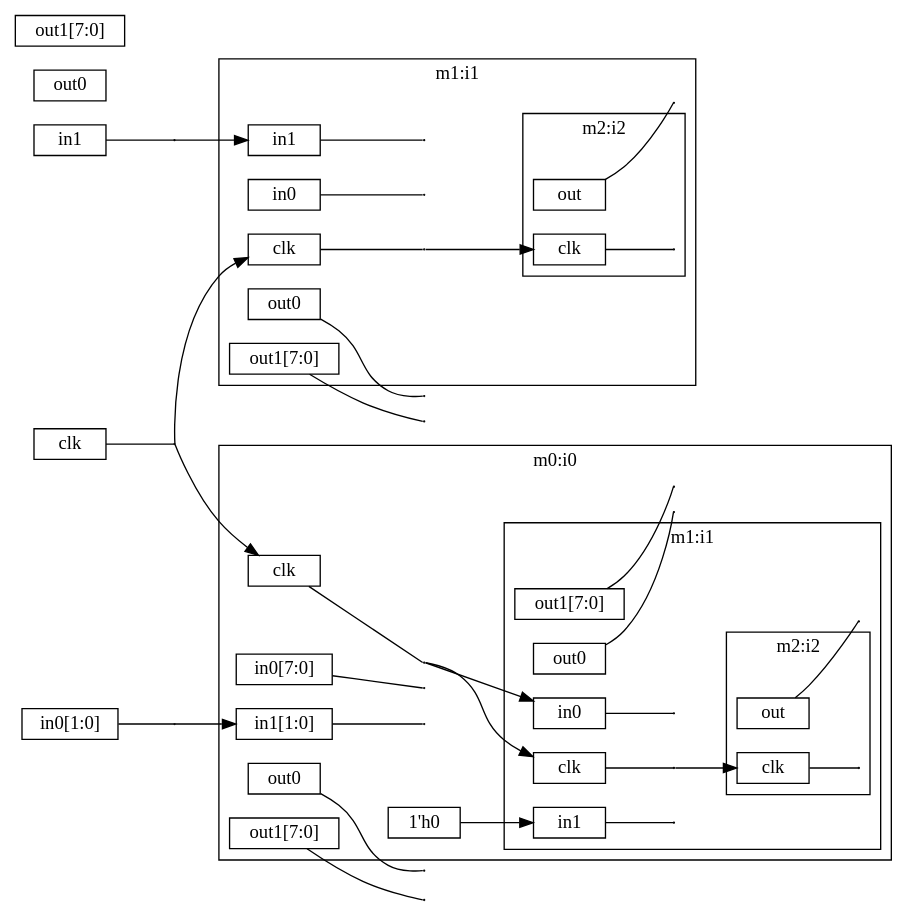
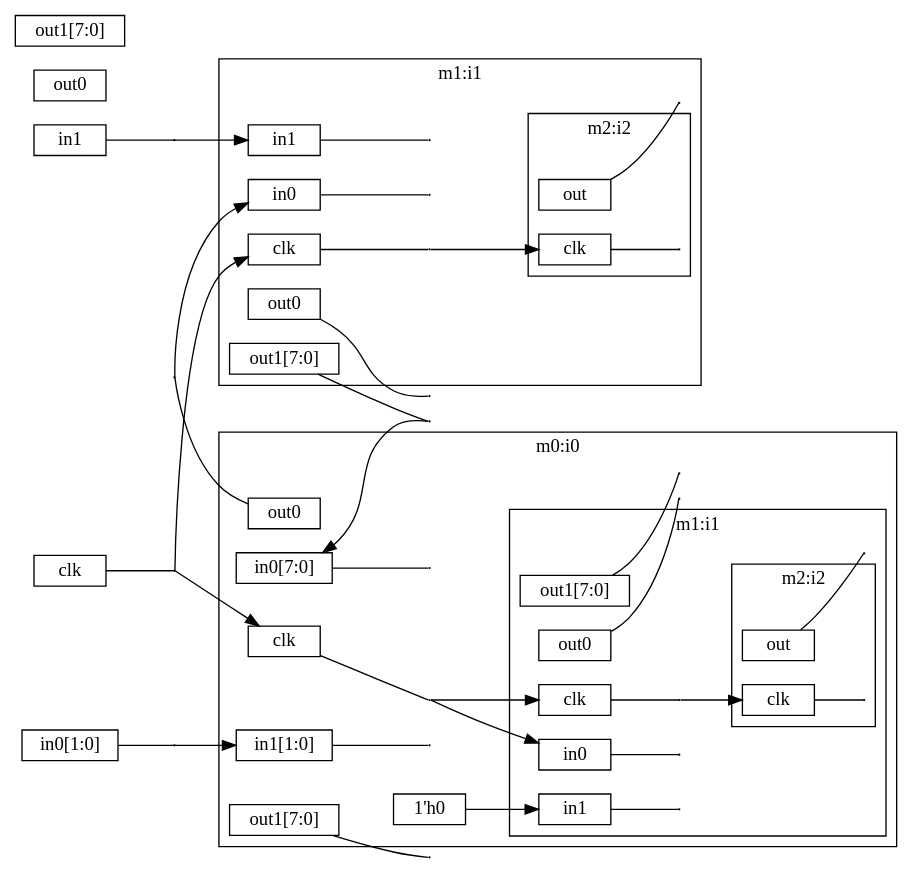
The diagram in out.dot (takata150802/netlistracer), drawn with Graphviz before and after one commit. The commit also changed 1 other file, not shown here.

Commit message:
[add] trace connection, submodule.output -> submodule.input

```diff
--- a/out.dot
+++ b/out.dot
@@ -1,107 +1,109 @@
 
 digraph {
     rankdir="LR";
     overlap = false;
     splines = true;
     node [shape = box, height=0.1];
     edge [labelfloat=false];
 
 subgraph cluster0 {
   graph [label = "m0:i0"];
 tmp0[width=0.0, height=0.0, shape=point];
 subgraph cluster1 {
   graph [label = "m1:i1"];
 tmp1[width=0.0, height=0.0, shape=point];
 subgraph cluster2 {
   graph [label = "m2:i2"];
 tmp2[width=0.0, height=0.0, shape=point];
 _i0_i1_i2_clk[label = "clk"];
 _i0_i1_i2_out[label = "out"];
 _i0_i1_i2_clk_input_br[width=0.01, height=0.01, shape=point];
 _i0_i1_i2_clk -> _i0_i1_i2_clk_input_br[dir = none];
 }
 _i0_i1_clk[label = "clk"];
 _i0_i1_in0[label = "in0"];
 _i0_i1_in1[label = "in1"];
 _i0_i1_out0[label = "out0"];
 _i0_i1_out1[label = "out1[7:0]"];
 _i0_i1_clk_input_br[width=0.01, height=0.01, shape=point];
 _i0_i1_clk -> _i0_i1_clk_input_br[dir = none];
 _i0_i1_in0_input_br[width=0.01, height=0.01, shape=point];
 _i0_i1_in0 -> _i0_i1_in0_input_br[dir = none];
 _i0_i1_in1_input_br[width=0.01, height=0.01, shape=point];
 _i0_i1_in1 -> _i0_i1_in1_input_br[dir = none];
-_i0_i1_i2_out_output_input_br[width=0.01, height=0.01, shape=point];
-_i0_i1_i2_out -> _i0_i1_i2_out_output_input_br[dir = none];
+_i0_i1_i2_out_output_br[width=0.01, height=0.01, shape=point];
+_i0_i1_i2_out -> _i0_i1_i2_out_output_br[dir = none];
 _i0_i1_clk_input_br -> _i0_i1_i2_clk[label = " "];
 }
 _i0_clk[label = "clk"];
 _i0_in0[label = "in0[7:0]"];
 _i0_in1[label = "in1[1:0]"];
 _i0_out0[label = "out0"];
 _i0_out1[label = "out1[7:0]"];
 _i0_clk_input_br[width=0.01, height=0.01, shape=point];
 _i0_clk -> _i0_clk_input_br[dir = none];
 _i0_in0_input_br[width=0.01, height=0.01, shape=point];
 _i0_in0 -> _i0_in0_input_br[dir = none];
 _i0_in1_input_br[width=0.01, height=0.01, shape=point];
 _i0_in1 -> _i0_in1_input_br[dir = none];
-_i0_i1_out0_output_input_br[width=0.01, height=0.01, shape=point];
-_i0_i1_out0 -> _i0_i1_out0_output_input_br[dir = none];
-_i0_i1_out1_output_input_br[width=0.01, height=0.01, shape=point];
-_i0_i1_out1 -> _i0_i1_out1_output_input_br[dir = none];
+_i0_i1_out0_output_br[width=0.01, height=0.01, shape=point];
+_i0_i1_out0 -> _i0_i1_out0_output_br[dir = none];
+_i0_i1_out1_output_br[width=0.01, height=0.01, shape=point];
+_i0_i1_out1 -> _i0_i1_out1_output_br[dir = none];
 _i0_clk_input_br -> _i0_i1_clk[label = " "];
 _i0_clk_input_br -> _i0_i1_in0[label = " "];
 _i0_const_i1in1[label = "1'h0"];
 _i0_const_i1in1 -> _i0_i1_in1[label = " "];
 }
 subgraph cluster3 {
   graph [label = "m1:i1"];
 tmp3[width=0.0, height=0.0, shape=point];
 subgraph cluster4 {
   graph [label = "m2:i2"];
 tmp4[width=0.0, height=0.0, shape=point];
 _i1_i2_clk[label = "clk"];
 _i1_i2_out[label = "out"];
 _i1_i2_clk_input_br[width=0.01, height=0.01, shape=point];
 _i1_i2_clk -> _i1_i2_clk_input_br[dir = none];
 }
 _i1_clk[label = "clk"];
 _i1_in0[label = "in0"];
 _i1_in1[label = "in1"];
 _i1_out0[label = "out0"];
 _i1_out1[label = "out1[7:0]"];
 _i1_clk_input_br[width=0.01, height=0.01, shape=point];
 _i1_clk -> _i1_clk_input_br[dir = none];
 _i1_in0_input_br[width=0.01, height=0.01, shape=point];
 _i1_in0 -> _i1_in0_input_br[dir = none];
 _i1_in1_input_br[width=0.01, height=0.01, shape=point];
 _i1_in1 -> _i1_in1_input_br[dir = none];
-_i1_i2_out_output_input_br[width=0.01, height=0.01, shape=point];
-_i1_i2_out -> _i1_i2_out_output_input_br[dir = none];
+_i1_i2_out_output_br[width=0.01, height=0.01, shape=point];
+_i1_i2_out -> _i1_i2_out_output_br[dir = none];
 _i1_clk_input_br -> _i1_i2_clk[label = " "];
 }
 _clk[label = "clk"];
 _in0[label = "in0[1:0]"];
 _in1[label = "in1"];
 _out0[label = "out0"];
 _out1[label = "out1[7:0]"];
 _clk_input_br[width=0.01, height=0.01, shape=point];
 _clk -> _clk_input_br[dir = none];
 _in0_input_br[width=0.01, height=0.01, shape=point];
 _in0 -> _in0_input_br[dir = none];
 _in1_input_br[width=0.01, height=0.01, shape=point];
 _in1 -> _in1_input_br[dir = none];
-_i0_out0_output_input_br[width=0.01, height=0.01, shape=point];
-_i0_out0 -> _i0_out0_output_input_br[dir = none];
-_i0_out1_output_input_br[width=0.01, height=0.01, shape=point];
-_i0_out1 -> _i0_out1_output_input_br[dir = none];
-_i1_out0_output_input_br[width=0.01, height=0.01, shape=point];
-_i1_out0 -> _i1_out0_output_input_br[dir = none];
-_i1_out1_output_input_br[width=0.01, height=0.01, shape=point];
-_i1_out1 -> _i1_out1_output_input_br[dir = none];
+_i0_out0_output_br[width=0.01, height=0.01, shape=point];
+_i0_out0 -> _i0_out0_output_br[dir = none];
+_i0_out1_output_br[width=0.01, height=0.01, shape=point];
+_i0_out1 -> _i0_out1_output_br[dir = none];
+_i1_out0_output_br[width=0.01, height=0.01, shape=point];
+_i1_out0 -> _i1_out0_output_br[dir = none];
+_i1_out1_output_br[width=0.01, height=0.01, shape=point];
+_i1_out1 -> _i1_out1_output_br[dir = none];
 _clk_input_br -> _i0_clk[label = " "];
+_i1_out1_output_br -> _i0_in0[label = " "];
 _in0_input_br -> _i0_in1[label = " "];
 _clk_input_br -> _i1_clk[label = " "];
+_i0_out0_output_br -> _i1_in0[label = " "];
 _in1_input_br -> _i1_in1[label = " "];
 }
```
